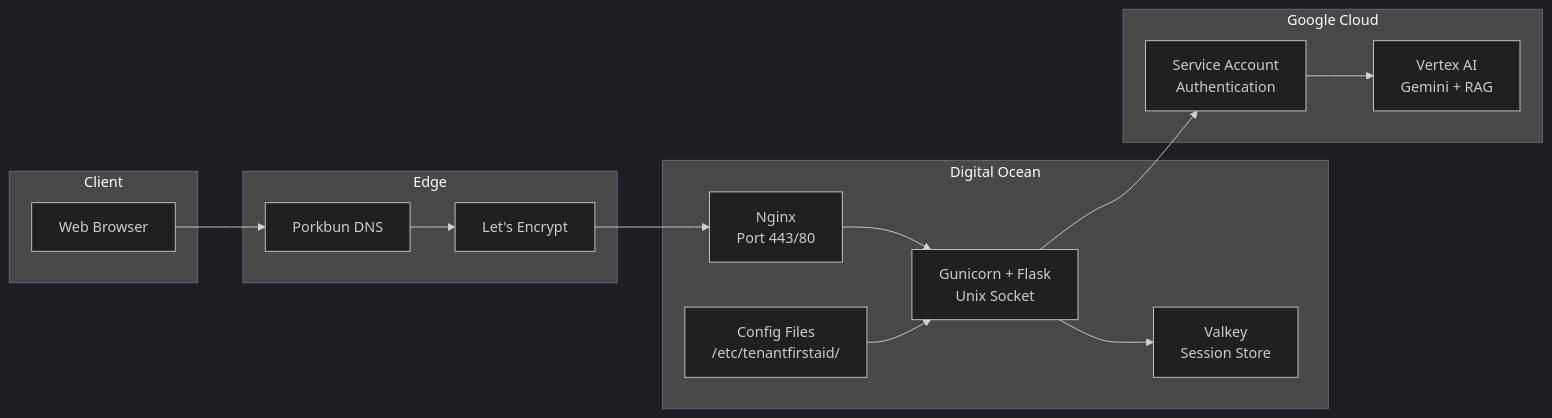
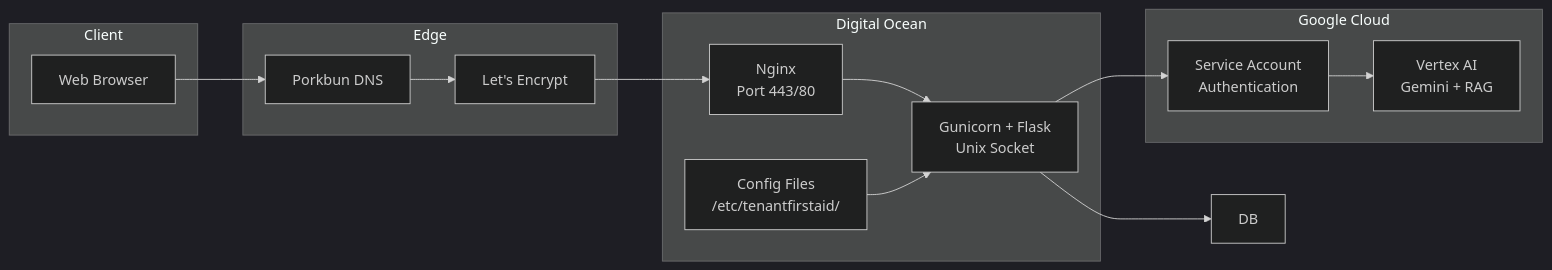
The ninth of 9 diagrams in Architecture.md (lee-coates/tenantfirstaid), drawn with Mermaid (dark theme) before and after one commit. The commit also changed other lines of this file and 3 other files, not shown here.

````diff
--- a/Architecture.md
+++ b/Architecture.md
@@ -534,32 +521,31 @@
 ```mermaid
 graph LR
     subgraph "Client"
         Browser[Web Browser]
     end
     
     subgraph "Edge"
         DNS[Porkbun DNS]
         SSL[Let's Encrypt]
     end
     
     subgraph "Digital Ocean"
         LB[Nginx<br/>Port 443/80]
         App[Gunicorn + Flask<br/>Unix Socket]
-        DB[Valkey<br/>Session Store]
         Files[Config Files<br/>/etc/tenantfirstaid/]
     end
     
     subgraph "Google Cloud"
         Vertex[Vertex AI<br/>Gemini + RAG]
         Auth[Service Account<br/>Authentication]
     end
     
     Browser --> DNS
     DNS --> SSL
     SSL --> LB
     LB --> App
     App --> DB
     App --> Auth
     Auth --> Vertex
     Files --> App
 ```
````
